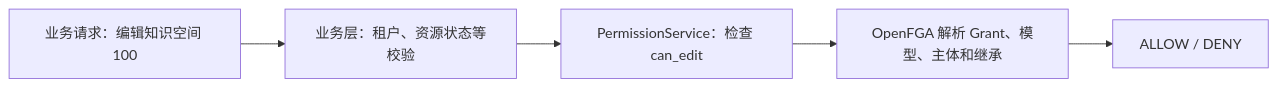
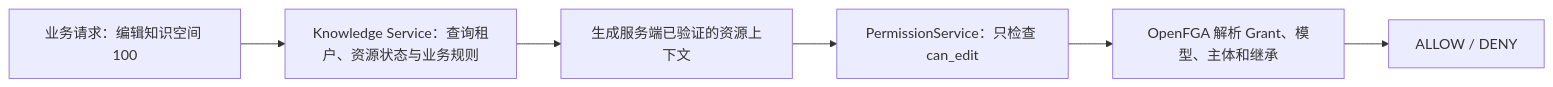
Before and after one commit to dataelement/bisheng: the second of 4 diagrams in features/v3.0.0-beta1/048-rebac-permission-model-grants/product-authorization-model-and-migration-guide.md, drawn with Mermaid. The commit also changed other lines of this file and 492 other files, not shown here.

````diff
--- a/features/v3.0.0-beta1/048-rebac-permission-model-grants/product-authorization-model-and-migration-guide.md
+++ b/features/v3.0.0-beta1/048-rebac-permission-model-grants/product-authorization-model-and-migration-guide.md
@@ -85,7 +101,8 @@
 ```mermaid
 flowchart LR
-    A["业务请求：编辑知识空间 100"] --> B["业务层：租户、资源状态等校验"]
-    B --> C["PermissionService：检查 can_edit"]
-    C --> D["OpenFGA 解析 Grant、模型、主体和继承"]
-    D --> E["ALLOW / DENY"]
+    A["业务请求：编辑知识空间 100"] --> B["Knowledge Service：查询租户、资源状态与业务规则"]
+    B --> C["生成服务端已验证的资源上下文"]
+    C --> D["PermissionService：只检查 can_edit"]
+    D --> E["OpenFGA 解析 Grant、模型、主体和继承"]
+    E --> F["ALLOW / DENY"]
 ```
````
